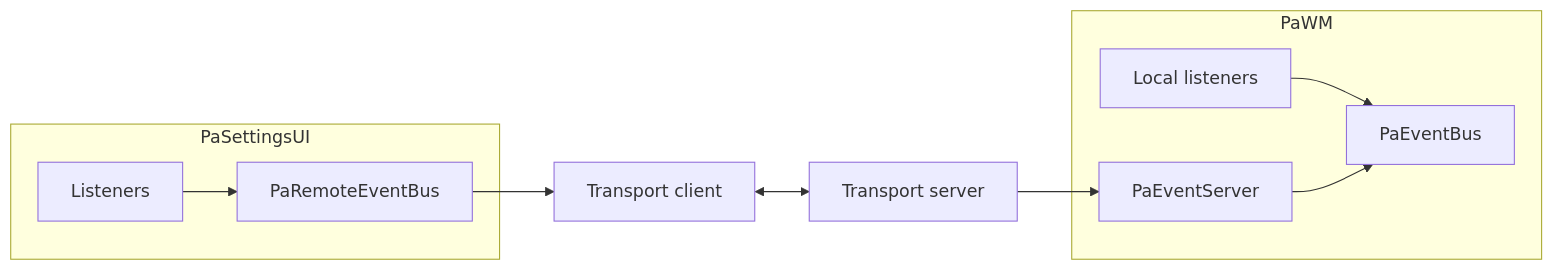
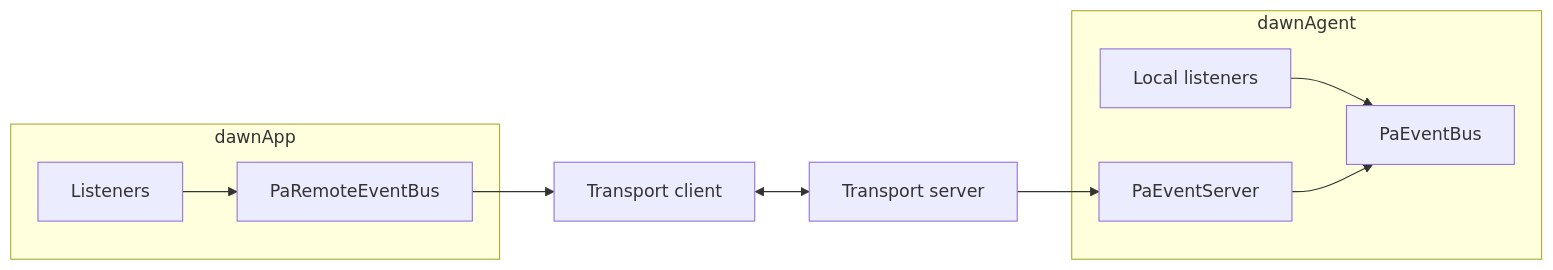
The diagram in libdawn/README.md (open-dawn/dawn), drawn with Mermaid before and after one commit. The commit also changed other lines of this file and 81 other files, not shown here.

````diff
--- a/libdawn/README.md
+++ b/libdawn/README.md
@@ -17,18 +17,18 @@
 ```mermaid
 flowchart LR
-  subgraph pawm [PaWM]
+  subgraph pawm [dawnAgent]
     Bus[PaEventBus]
     Local[Local listeners]
     Server[PaEventServer]
     Local --> Bus
     Server --> Bus
   end
-  subgraph settings [PaSettingsUI]
+  subgraph settings [dawnApp]
     Remote[PaRemoteEventBus]
     UI[Listeners]
     UI --> Remote
   end
   Remote --> ClientEnd[Transport client]
   ClientEnd <--> ServerEnd[Transport server]
   ServerEnd --> Server
 ```
````
